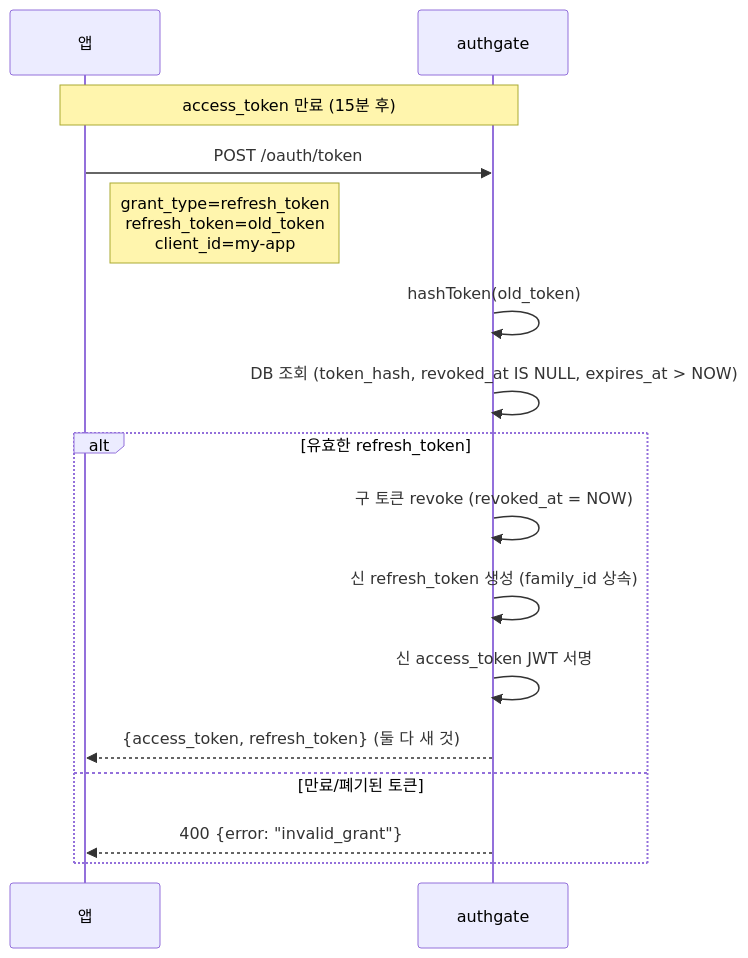
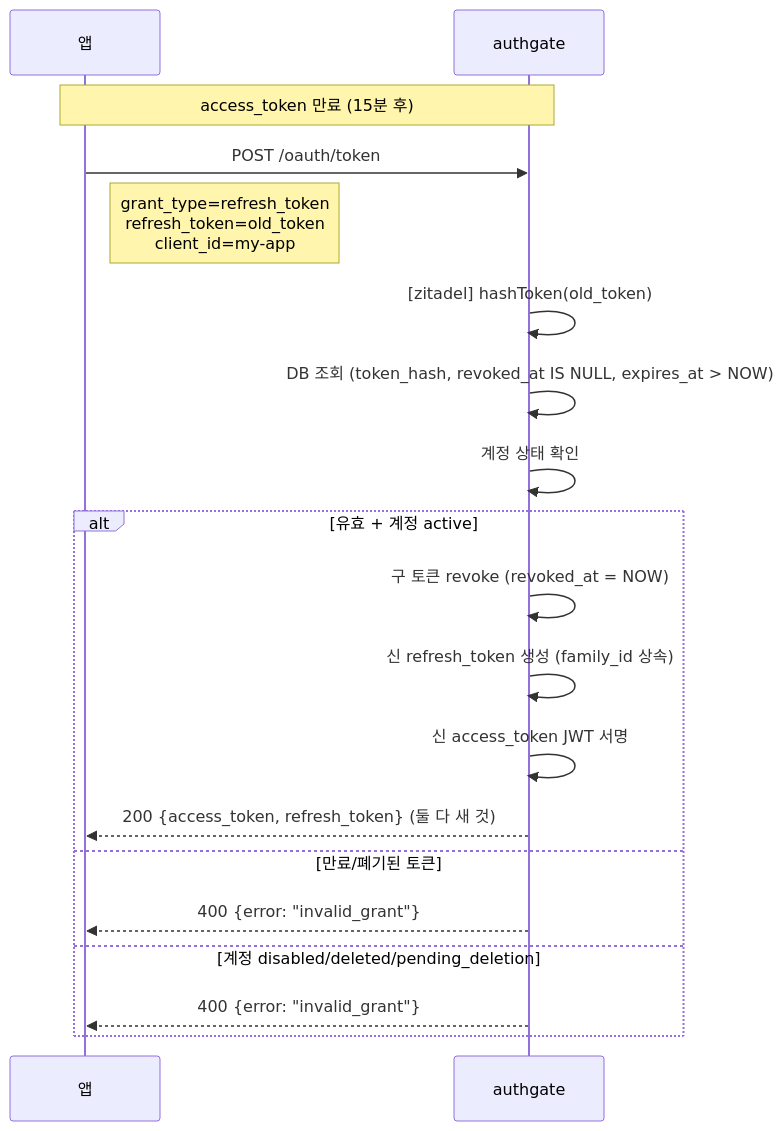
Before and after one commit to cagojeiger/authgate: the first of 4 diagrams in docs/spec/005-token-lifecycle.md, drawn with Mermaid. The commit also changed other lines of this file and 10 other files, not shown here.

````diff
--- a/docs/spec/005-token-lifecycle.md
+++ b/docs/spec/005-token-lifecycle.md
@@ -18,21 +33,24 @@
 ```mermaid
 sequenceDiagram
     participant App as 앱
     participant AG as authgate
 
     Note over App,AG: access_token 만료 (15분 후)
     App->>AG: POST /oauth/token
     Note right of App: grant_type=refresh_token<br/>refresh_token=old_token<br/>client_id=my-app
 
-    AG->>AG: hashToken(old_token)
+    AG->>AG: [zitadel] hashToken(old_token)
     AG->>AG: DB 조회 (token_hash, revoked_at IS NULL, expires_at > NOW)
+    AG->>AG: 계정 상태 확인
 
-    alt 유효한 refresh_token
+    alt 유효 + 계정 active
         AG->>AG: 구 토큰 revoke (revoked_at = NOW)
         AG->>AG: 신 refresh_token 생성 (family_id 상속)
         AG->>AG: 신 access_token JWT 서명
-        AG-->>App: {access_token, refresh_token} (둘 다 새 것)
+        AG-->>App: 200 {access_token, refresh_token} (둘 다 새 것)
     else 만료/폐기된 토큰
+        AG-->>App: 400 {error: "invalid_grant"}
+    else 계정 disabled/deleted/pending_deletion
         AG-->>App: 400 {error: "invalid_grant"}
     end
 ```
````
